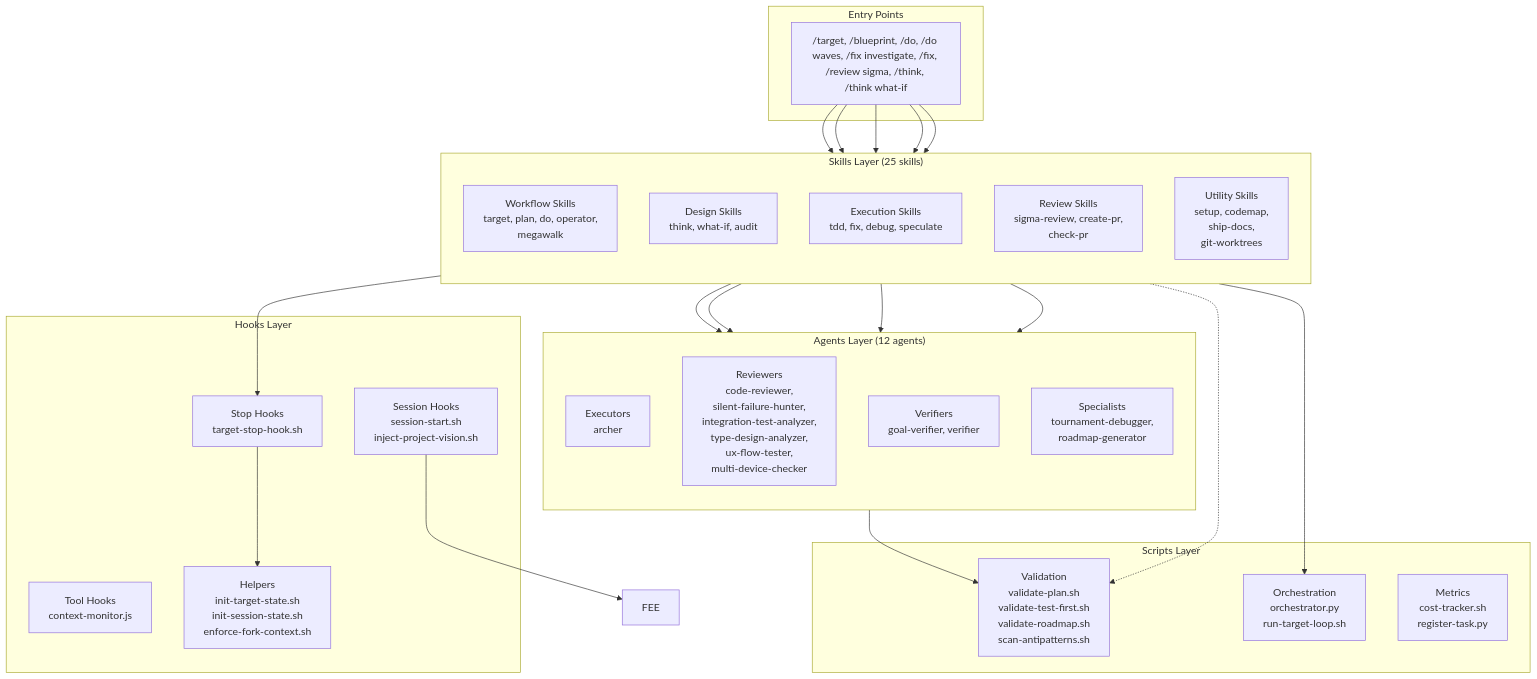
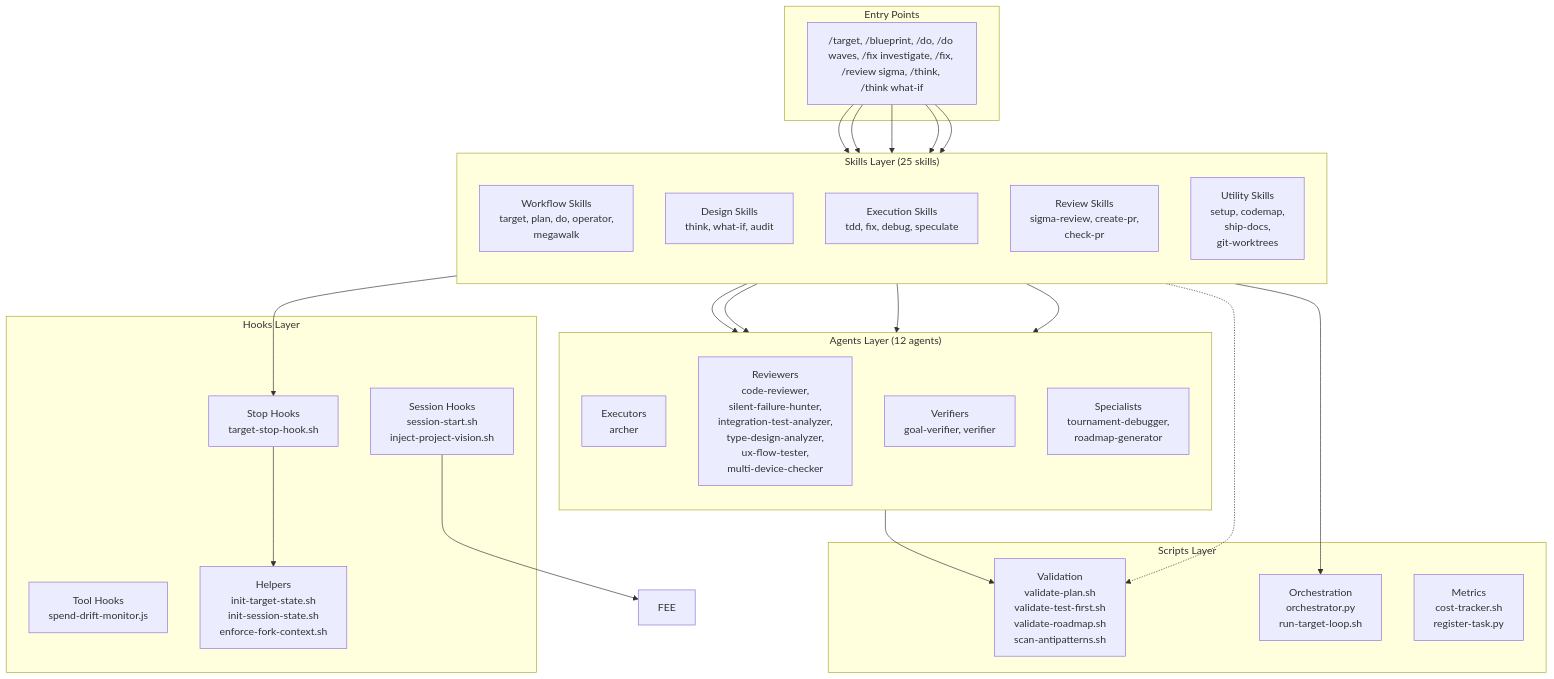
One commit to bllshttng/footnote changed the first of 6 diagrams in docs/system-architecture.md. Above: the diagram before and after it, drawn with Mermaid. The commit also changed other lines of this file and 11 other files, not shown here.

First line of the commit message:
refactor(hooks): rename context-monitor.js to spend-drift-monitor.js

````diff
--- a/docs/system-architecture.md
+++ b/docs/system-architecture.md
@@ -42,55 +42,55 @@
 ```mermaid
 graph TB
     subgraph "Entry Points"
         CMD["/target, /blueprint, /do, /do waves, /fix investigate, /fix, /review sigma, /think, /think what-if"]
     end
 
     subgraph "Skills Layer (25 skills)"
         direction TB
         WF["Workflow Skills<br/>target, plan, do, operator,<br/>megawalk"]
         DS["Design Skills<br/>think, what-if, audit"]
         EX["Execution Skills<br/>tdd, fix, debug, speculate"]
         RV["Review Skills<br/>sigma-review, create-pr,<br/>check-pr"]
         UT["Utility Skills<br/>setup, codemap,<br/>ship-docs,<br/>git-worktrees"]
     end
 
     subgraph "Agents Layer (12 agents)"
         direction TB
         EXEC["Executors<br/>archer"]
         REV["Reviewers<br/>code-reviewer,<br/>silent-failure-hunter,<br/>integration-test-analyzer,<br/>type-design-analyzer,<br/>ux-flow-tester,<br/>multi-device-checker"]
         VER["Verifiers<br/>goal-verifier, verifier"]
         SPEC["Specialists<br/>tournament-debugger,<br/>roadmap-generator"]
     end
 
     subgraph "Hooks Layer"
         STOP["Stop Hooks<br/>target-stop-hook.sh"]
         SESS["Session Hooks<br/>session-start.sh<br/>inject-project-vision.sh"]
-        TOOL["Tool Hooks<br/>context-monitor.js"]
+        TOOL["Tool Hooks<br/>spend-drift-monitor.js"]
         HELP["Helpers<br/>init-target-state.sh<br/>init-session-state.sh<br/>enforce-fork-context.sh"]
     end
 
     subgraph "Scripts Layer"
         VAL["Validation<br/>validate-plan.sh<br/>validate-test-first.sh<br/>validate-roadmap.sh<br/>scan-antipatterns.sh"]
         ORC["Orchestration<br/>orchestrator.py<br/>run-target-loop.sh"]
         MET["Metrics<br/>cost-tracker.sh<br/>register-task.py"]
     end
 
     CMD --> WF
     CMD --> DS
     CMD --> EX
     CMD --> RV
     CMD --> UT
 
     WF --> EXEC
     WF --> VER
     RV --> REV
     EX --> EXEC
     DS -.-> VAL
 
     WF --> ORC
     WF --> STOP
     SESS --> FEE
     STOP --> HELP
 
     EXEC --> VAL
 ```
````
